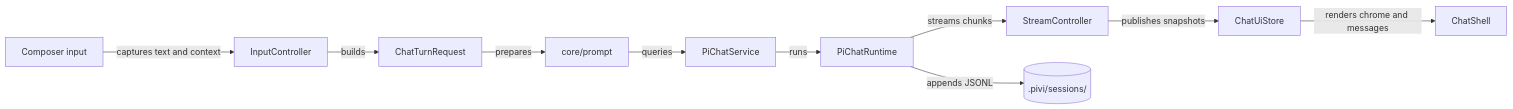
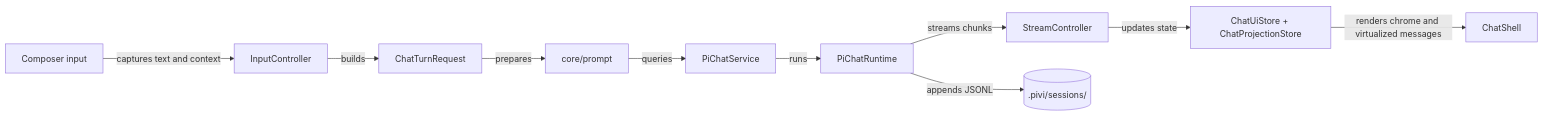
The third of 3 diagrams in docs/README.md (shuuul/obsidian-pivi), drawn with Mermaid before and after one commit. The commit also changed 13 other files, not shown here.

````diff
--- a/docs/README.md
+++ b/docs/README.md
@@ -66,12 +66,12 @@
 ```mermaid
 flowchart LR
   User["Composer input"] -- "captures text and context" --> Input["InputController"]
   Input -- "builds" --> Request["ChatTurnRequest"]
   Request -- "prepares" --> Prompt["core/prompt"]
   Prompt -- "queries" --> Service["PiChatService"]
   Service -- "runs" --> Engine["PiChatRuntime"]
   Engine -- "streams chunks" --> Stream["StreamController"]
-  Stream -- "publishes snapshots" --> Store["ChatUiStore"]
-  Store -- "renders chrome and messages" --> React["ChatShell"]
+  Stream -- "updates state" --> Store["ChatUiStore + ChatProjectionStore"]
+  Store -- "renders chrome and virtualized messages" --> React["ChatShell"]
   Engine -- "appends JSONL" --> Session[(".pivi/sessions/")]
 ```
````
